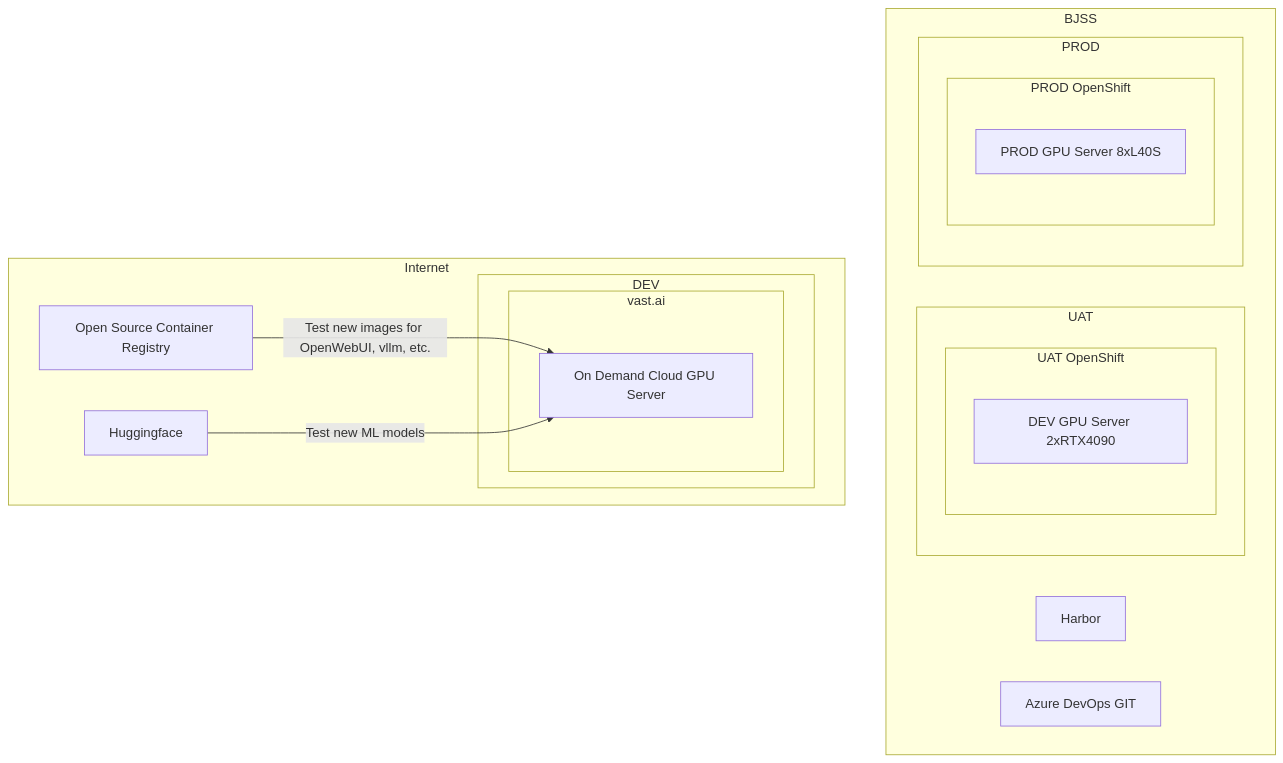
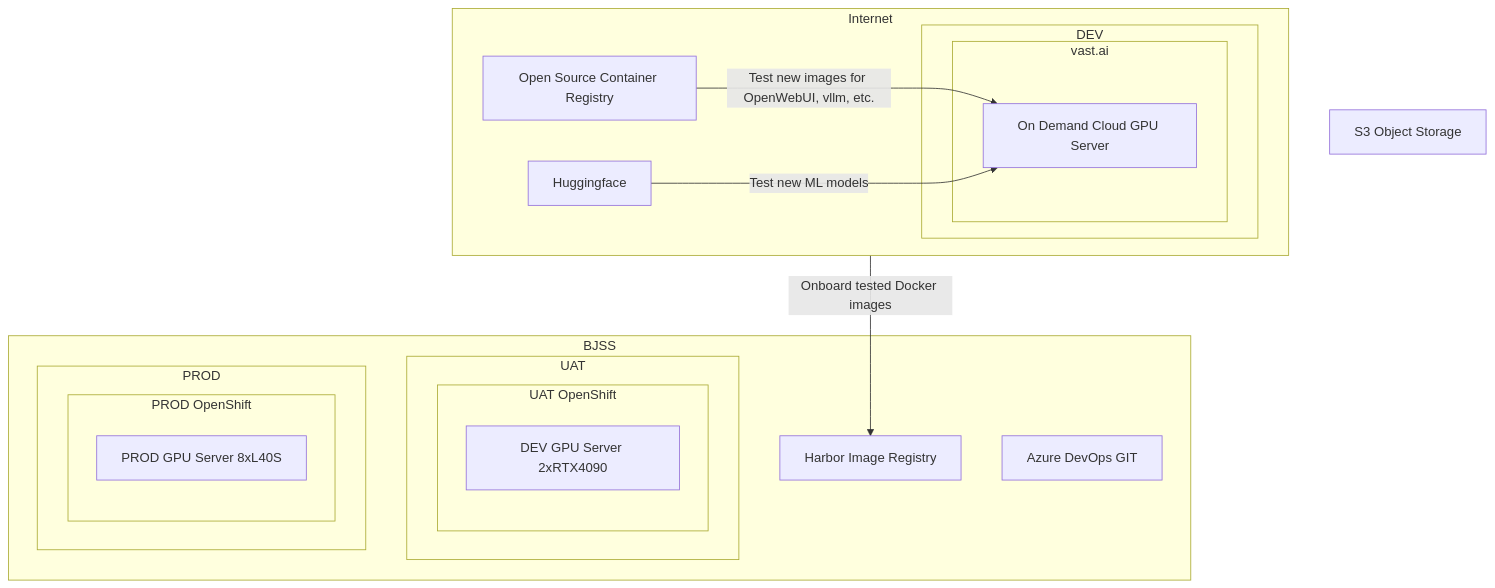
The second of 2 diagrams in README.md (tim-roethig/ai-platform), drawn with Mermaid before and after one commit.

````diff
--- a/README.md
+++ b/README.md
@@ -63,46 +63,49 @@
 ```mermaid
 graph TD
     A[Open Source Container Registry]
     HF[Huggingface]
     B[On Demand Cloud GPU Server]
-    C[Harbor]
+    C[Harbor Image Registry]
     D[Azure DevOps GIT]
+    S3[S3 Object Storage]
     E[DEV GPU Server 2xRTX4090]
     F[PROD GPU Server 8xL40S]
 
     subgraph VAST_AI[vast.ai]
         B
     end
     subgraph UAT_OC[UAT OpenShift]
         E
     end
     subgraph PROD_OC[PROD OpenShift]
         F
     end
 
     subgraph DEV[DEV]
         VAST_AI
     end
     subgraph UAT[UAT]
         UAT_OC
     end
     subgraph PROD[PROD]
         PROD_OC
     end
 
     subgraph BJSS[BJSS]
         C
         D
         UAT
         PROD
     end
 
     subgraph Internet[Internet]
         A
         HF
         DEV
     end
 
     A -- Test new images for OpenWebUI, vllm, etc. --> B
     HF -- Test new ML models --> B
+
+    Internet -- Onboard tested Docker images --> C
 ```
````
